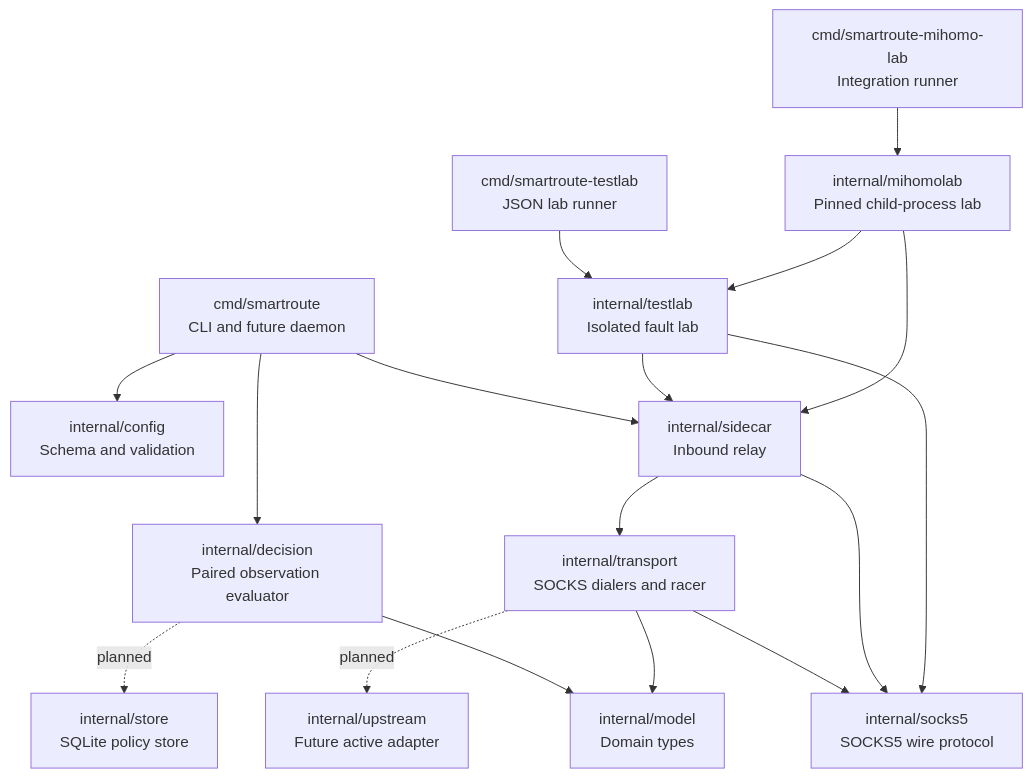
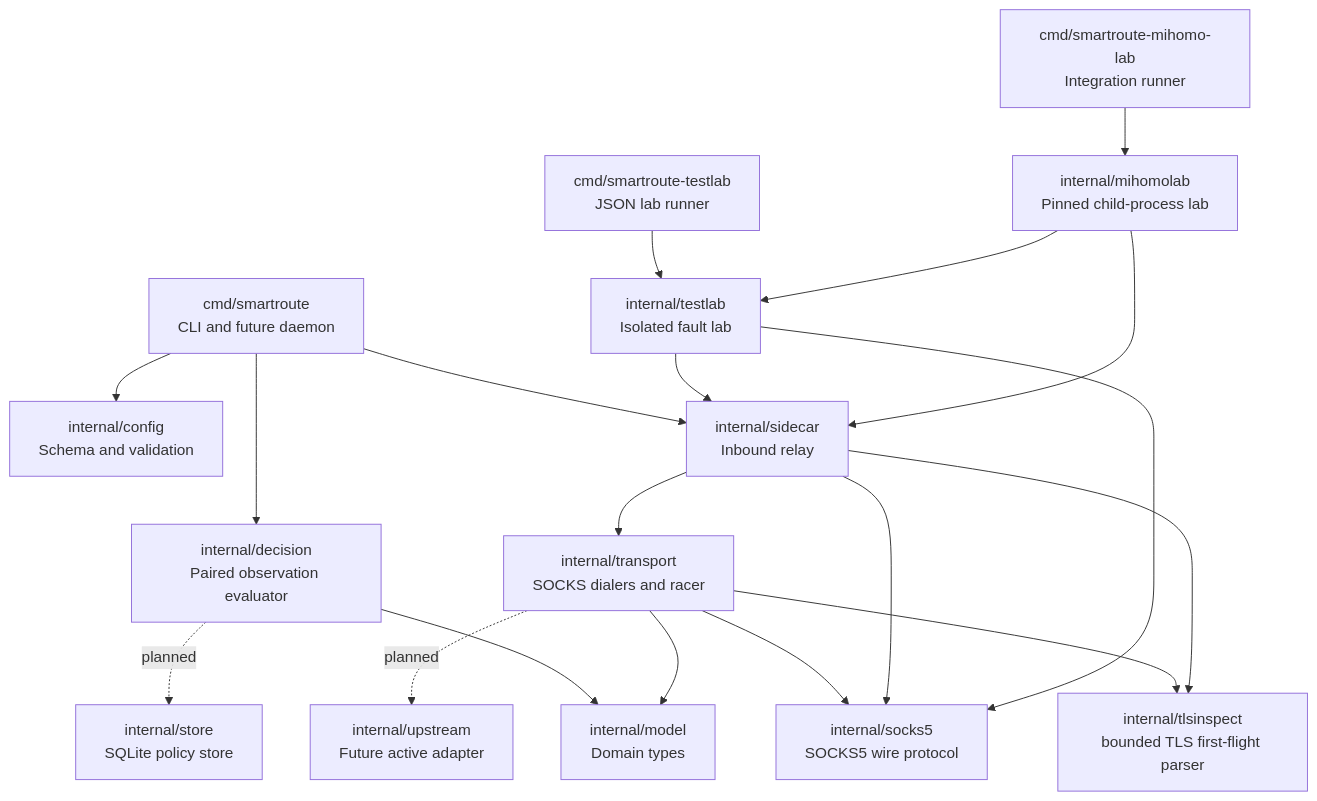
One commit to firfisa/smartroute changed the diagram in docs/04-component-catalog.md. Above: the diagram before and after it, drawn with Mermaid. The commit also changed other lines of this file and 23 other files, not shown here.

Commit message:
feat(tls): add safe first-flight readiness racing

````diff
--- a/docs/04-component-catalog.md
+++ b/docs/04-component-catalog.md
@@ -10,33 +10,36 @@
 ```mermaid
 flowchart TB
     CLI["cmd/smartroute\nCLI and future daemon"]
     Config["internal/config\nSchema and validation"]
     Model["internal/model\nDomain types"]
     Decision["internal/decision\nPaired observation evaluator"]
     SOCKS["internal/socks5\nSOCKS5 wire protocol"]
     Transport["internal/transport\nSOCKS dialers and racer"]
+    TLSInspect["internal/tlsinspect\nbounded TLS first-flight parser"]
     Sidecar["internal/sidecar\nInbound relay"]
     TestLab["internal/testlab\nIsolated fault lab"]
     LabCLI["cmd/smartroute-testlab\nJSON lab runner"]
     MihomoLab["internal/mihomolab\nPinned child-process lab"]
     MihomoLabCLI["cmd/smartroute-mihomo-lab\nIntegration runner"]
     Mihomo["internal/upstream\nFuture active adapter"]
     Store["internal/store\nSQLite policy store"]
 
     CLI --> Config
     CLI --> Decision
     CLI --> Sidecar
     Decision --> Model
     Transport --> Model
     Transport --> SOCKS
+    Transport --> TLSInspect
+    Sidecar --> TLSInspect
     Sidecar --> SOCKS
     Sidecar --> Transport
     TestLab --> Sidecar
     TestLab --> SOCKS
     LabCLI --> TestLab
     MihomoLabCLI --> MihomoLab
     MihomoLab --> Sidecar
     MihomoLab --> TestLab
     Transport -. "planned" .-> Mihomo
     Decision -. "planned" .-> Store
 ```
````
